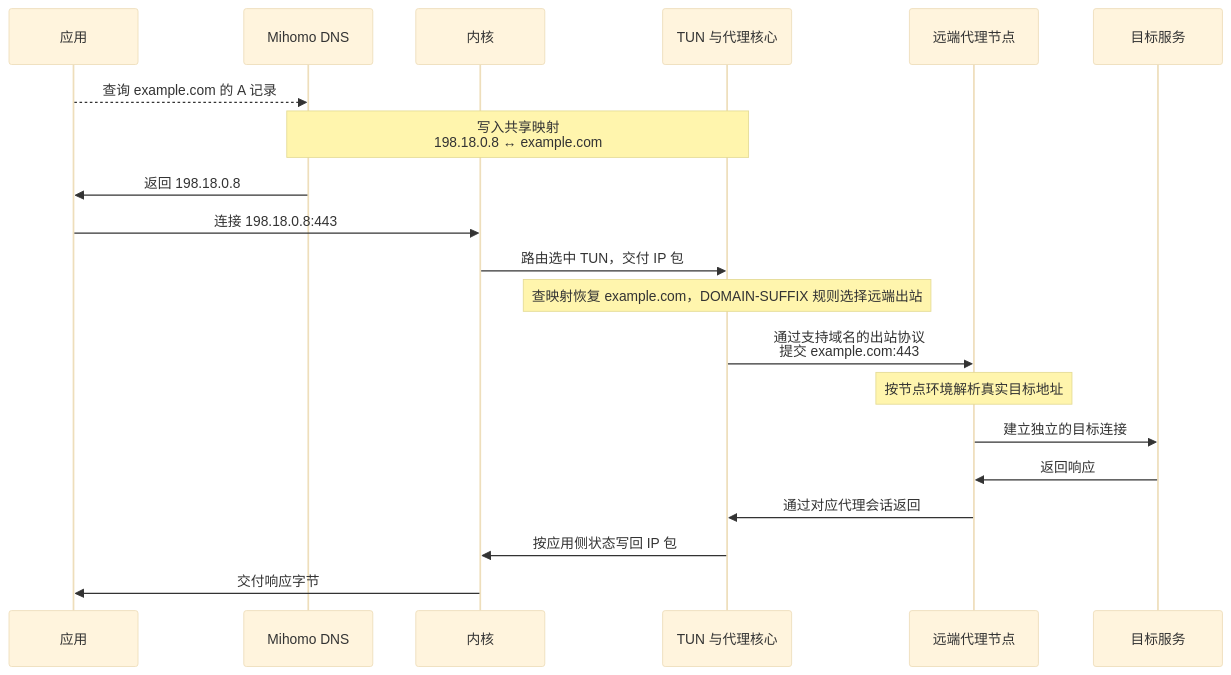
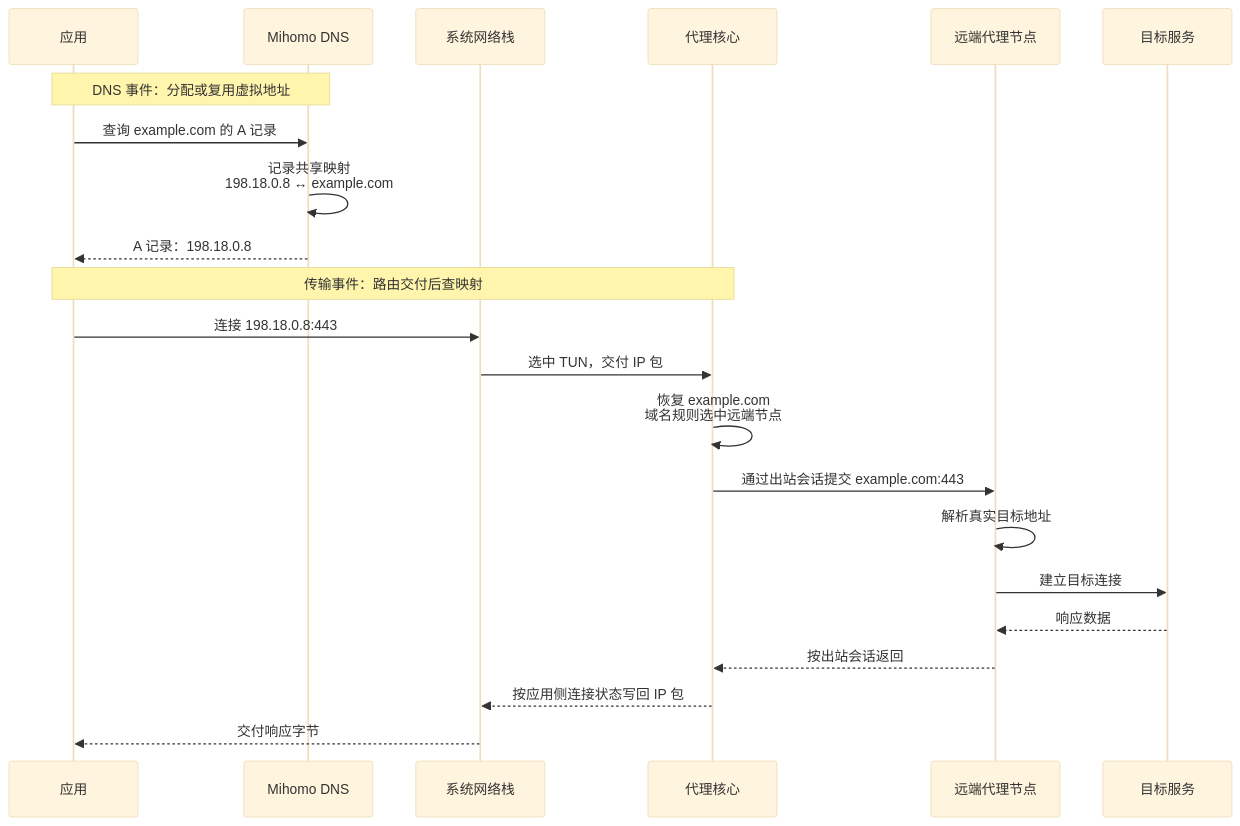
One commit to fordelkon/delkon.us.kg changed the first of 4 diagrams in content/posts/networking/proxies-tunnels-transparent-interception.md. Above: the diagram before and after it, drawn with Mermaid (base theme). The commit also changed other lines of this file and 8 other files, not shown here.

Commit message:
docs: refine networking series explanations and diagrams

````diff
--- a/content/posts/networking/proxies-tunnels-transparent-interception.md
+++ b/content/posts/networking/proxies-tunnels-transparent-interception.md
@@ -80,22 +87,24 @@
-```mermaid title="Fake-IP 从 DNS 映射到域名出站的闭环" description="限定 DNS 请求进入内部解析器、应用连接对应 Fake-IP 且路由将其送入 TUN 的情形。DNS 模块与 TUN 处理侧属于同一个 Mihomo，共享映射状态；此处选择无需本地目标 IP 的域名规则及支持域名的远端出站。远端再解析目标并连接源站，DIRECT、IP 规则和不支持域名的出站另有路径。箭头表示逻辑交付顺序，不按耗时绘制，也不表示本地 TCP 包原样穿过全部连接。"
+```mermaid title="Fake-IP 的两次事件：DNS 建映射，连接查映射" description="DNS 和代理核心共享地址映射。缓存中的回答可以稍后用于连接。本图只展开命中域名规则且出站支持传域名的情形；箭头表示逻辑交付顺序，不按耗时绘制。"
 sequenceDiagram
  participant App as 应用
  participant DNS as Mihomo DNS
- participant Kernel as 内核
- participant Inbound as TUN 与代理核心
+ participant OS as 系统网络栈
+ participant Core as 代理核心
  participant Node as 远端代理节点
  participant Target as 目标服务
- App-->>DNS: 查询 example.com 的 A 记录
- Note over DNS,Inbound: 写入共享映射<br/>198.18.0.8 ↔ example.com
- DNS->>App: 返回 198.18.0.8
- App->>Kernel: 连接 198.18.0.8:443
- Kernel->>Inbound: 路由选中 TUN，交付 IP 包
- Note over Inbound: 查映射恢复 example.com，DOMAIN-SUFFIX 规则选择远端出站
- Inbound->>Node: 通过支持域名的出站协议<br/>提交 example.com:443
- Note over Node: 按节点环境解析真实目标地址
- Node->>Target: 建立独立的目标连接
- Target->>Node: 返回响应
- Node->>Inbound: 通过对应代理会话返回
- Inbound->>Kernel: 按应用侧状态写回 IP 包
- Kernel->>App: 交付响应字节
+ Note over App,DNS: DNS 事件：分配或复用虚拟地址
+ App->>DNS: 查询 example.com 的 A 记录
+ DNS->>DNS: 记录共享映射<br/>198.18.0.8 ↔ example.com
+ DNS-->>App: A 记录：198.18.0.8
+ Note over App,Core: 传输事件：路由交付后查映射
+ App->>OS: 连接 198.18.0.8:443
+ OS->>Core: 选中 TUN，交付 IP 包
+ Core->>Core: 恢复 example.com<br/>域名规则选中远端节点
+ Core->>Node: 通过出站会话提交 example.com:443
+ Node->>Node: 解析真实目标地址
+ Node->>Target: 建立目标连接
+ Target-->>Node: 响应数据
+ Node-->>Core: 按出站会话返回
+ Core-->>OS: 按应用侧连接状态写回 IP 包
+ OS-->>App: 交付响应字节
 ```
````
